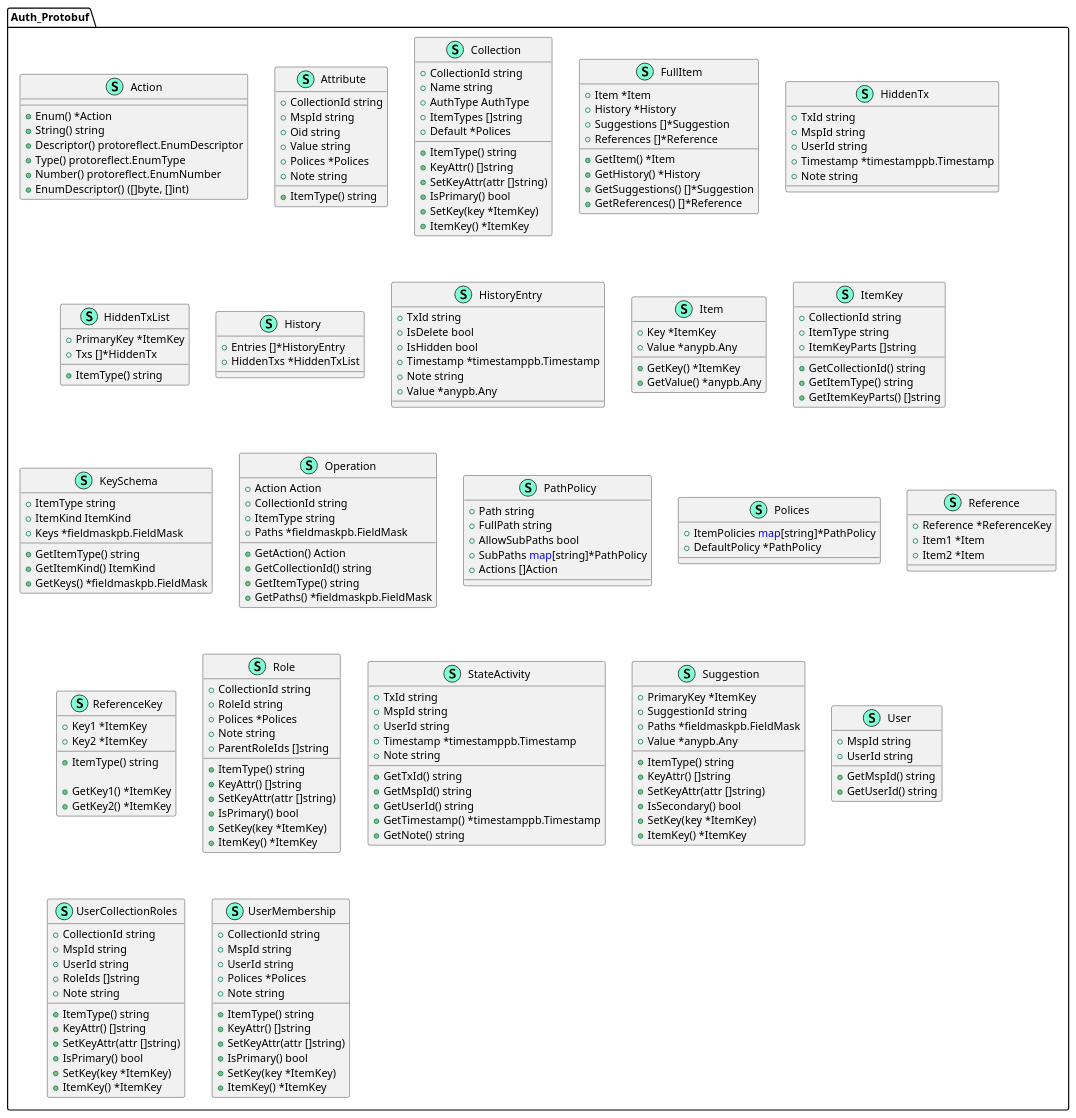
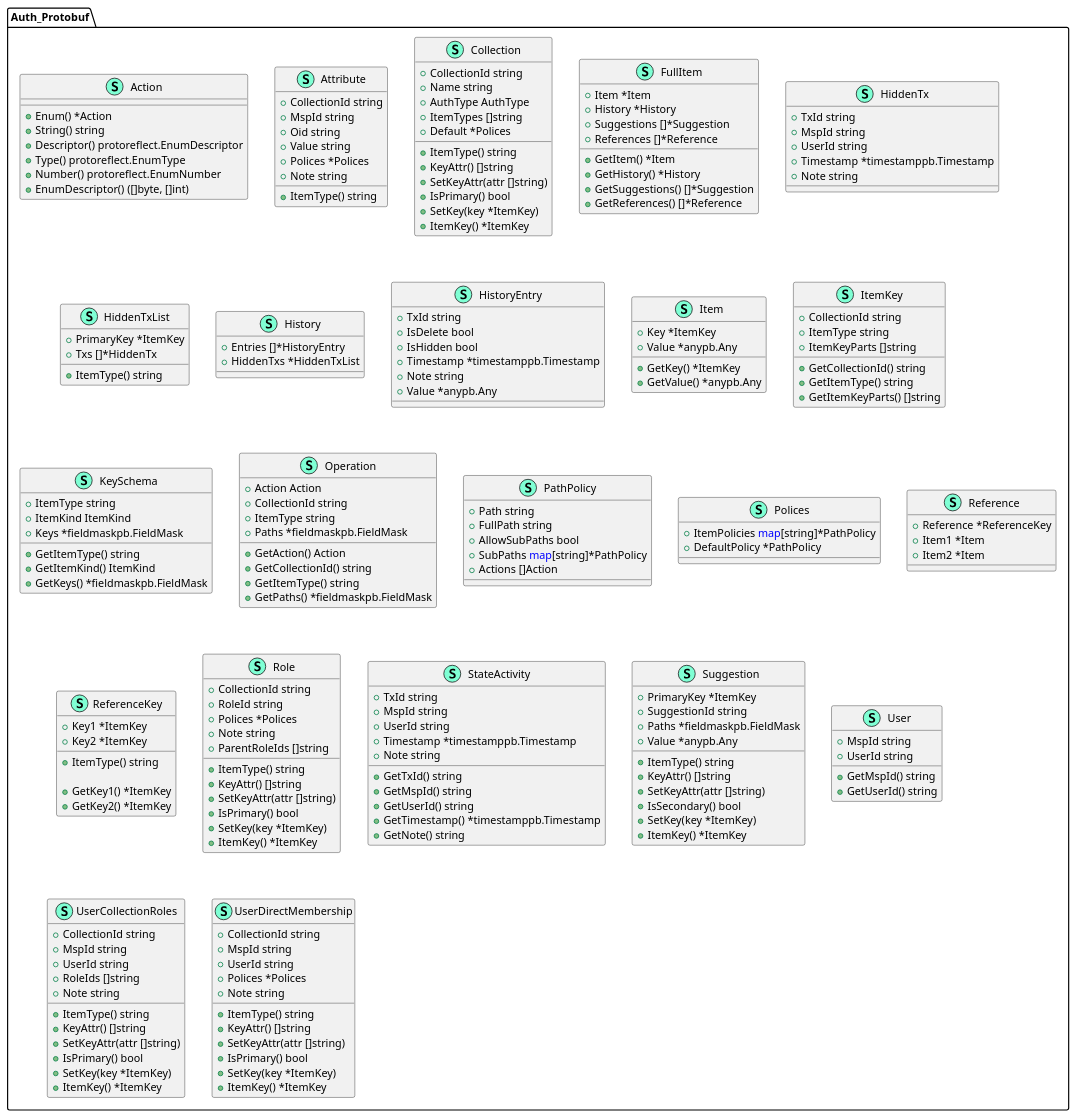
One commit to Nova38/Thesis changed the diagram in docs/plantuml/gen/proto/auth.puml. Above: the diagram before and after it, drawn with PlantUML. The commit also changed 56 other files, not shown here.

Commit message:
Added Pyroscope and changed user membership name

```diff
--- a/docs/plantuml/gen/proto/auth.puml
+++ b/docs/plantuml/gen/proto/auth.puml
@@ -276,7 +276,7 @@
         + ItemKey() *ItemKey
     }
 
-    class UserMembership << (S,Aquamarine) >> {
+    class UserDirectMembership << (S,Aquamarine) >> {
 
 
         + CollectionId string
```
